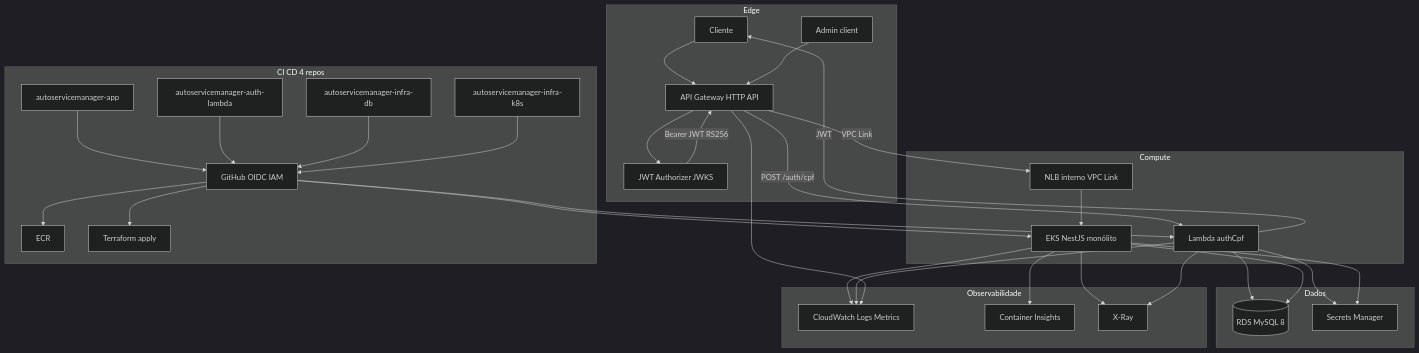
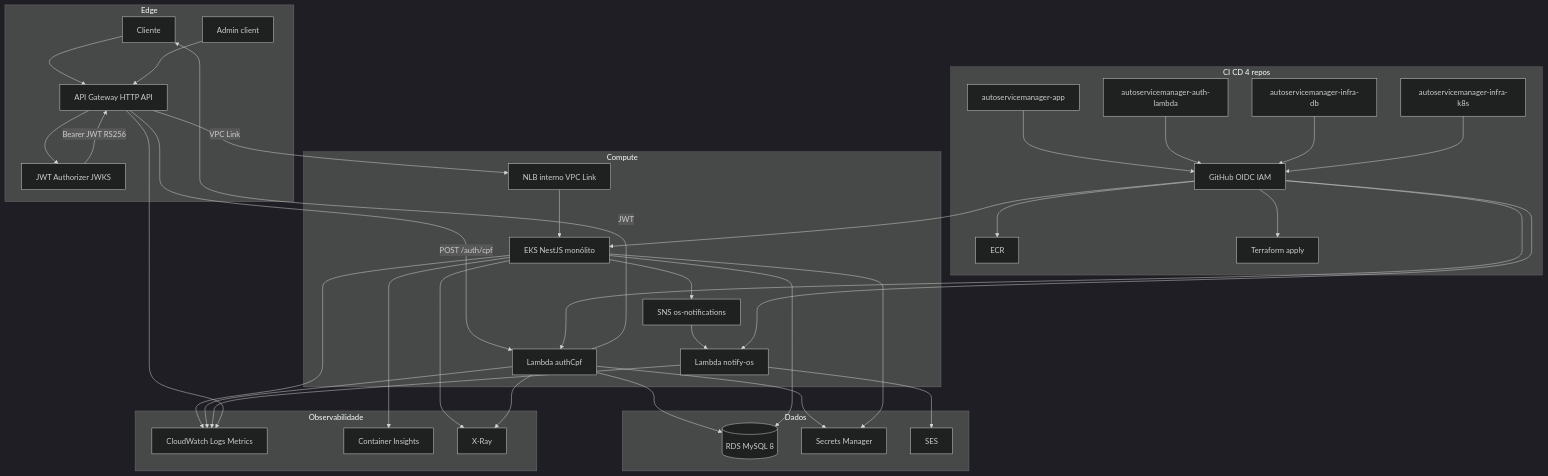
One commit to dinhogt/autoservicemanager-app changed the first of 6 diagrams in docs/architecture/diagrams-fase3.md. Above: the diagram before and after it, drawn with Mermaid (dark theme). The commit also changed other lines of this file and 50 other files, not shown here.

First line of the commit message:
feat: integrate AWS SNS for serverless notifications and enhance observability

````diff
--- a/docs/architecture/diagrams-fase3.md
+++ b/docs/architecture/diagrams-fase3.md
@@ -14,59 +14,67 @@
 ```mermaid
 flowchart TB
   subgraph edge [Edge]
     Cliente[Cliente]
     Admin[Admin client]
     APIGW[API Gateway HTTP API]
     AuthZ[JWT Authorizer JWKS]
   end
   subgraph compute [Compute]
     Lambda[Lambda authCpf]
+    Notify[Lambda notify-os]
     EKS[EKS NestJS monólito]
     NLB[NLB interno VPC Link]
+    SNS[SNS os-notifications]
   end
   subgraph data [Dados]
     RDS[(RDS MySQL 8)]
     SM[Secrets Manager]
+    SES[SES]
   end
   subgraph obs [Observabilidade]
     CW[CloudWatch Logs Metrics]
     CI[Container Insights]
     XRay[X-Ray]
   end
   subgraph cicd [CI CD 4 repos]
     GHapp[autoservicemanager-app]
     GHlam[autoservicemanager-auth-lambda]
     GHdb[autoservicemanager-infra-db]
     GHk8s[autoservicemanager-infra-k8s]
     OIDC[GitHub OIDC IAM]
     ECR[ECR]
     TF[Terraform apply]
   end
 
   Cliente --> APIGW
   Admin --> APIGW
   APIGW -->|POST /auth/cpf| Lambda
   APIGW --> AuthZ
   AuthZ -->|Bearer JWT RS256| APIGW
   APIGW -->|VPC Link| NLB
   NLB --> EKS
   Lambda --> RDS
   Lambda --> SM
   EKS --> RDS
   EKS --> SM
+  EKS --> SNS
+  SNS --> Notify
+  Notify --> SES
   Lambda -->|JWT| Cliente
   EKS --> CW
   EKS --> CI
   EKS --> XRay
   Lambda --> CW
+  Notify --> CW
   Lambda --> XRay
   APIGW --> CW
   GHapp --> OIDC
   GHlam --> OIDC
   GHdb --> OIDC
   GHk8s --> OIDC
   OIDC --> ECR
   OIDC --> EKS
   OIDC --> TF
   OIDC --> Lambda
+  OIDC --> Notify
 ```
````
